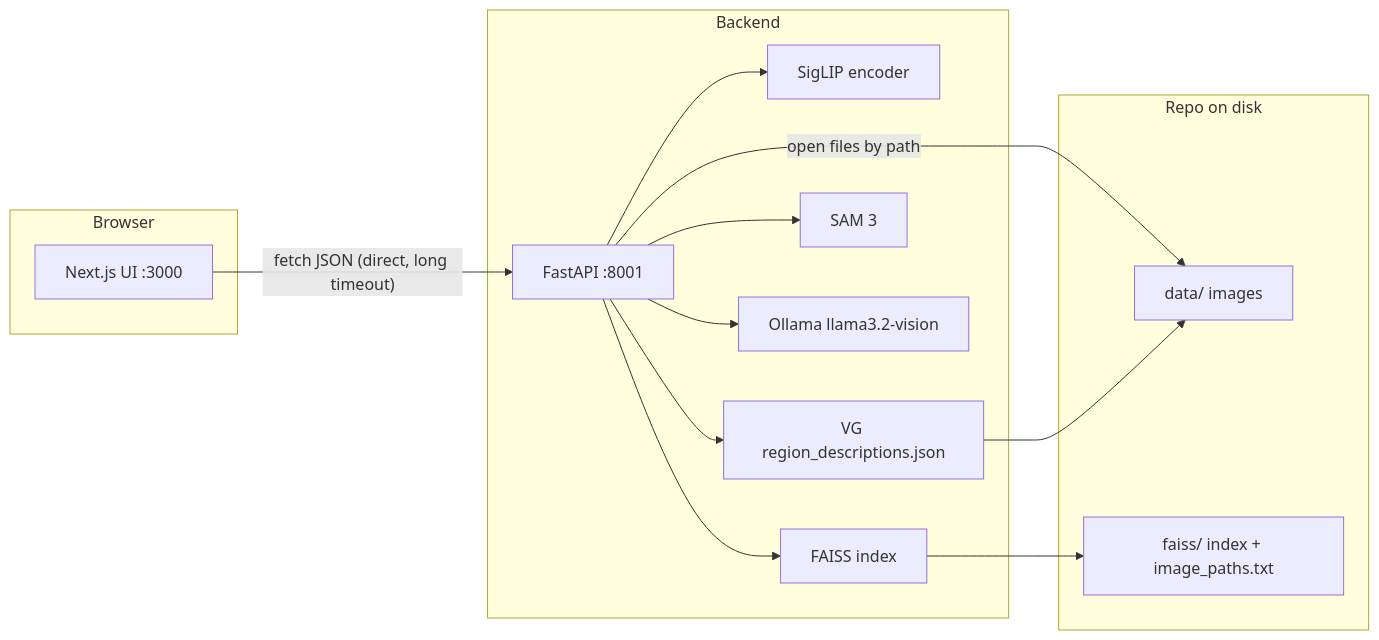
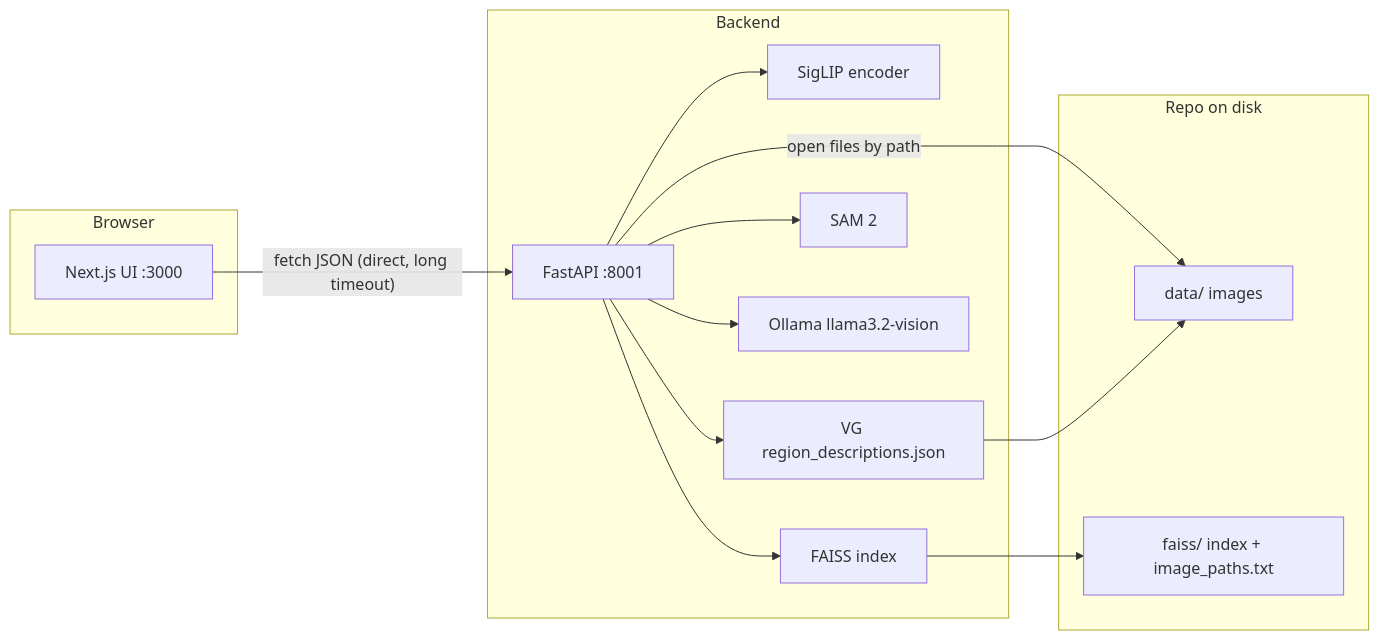
Before and after one commit to Rarees404/Thesis: the diagram in README.md, drawn with Mermaid. The commit also changed other lines of this file and 11 other files, not shown here.

````diff
--- a/README.md
+++ b/README.md
@@ -31,28 +31,28 @@
 ```mermaid
 flowchart LR
   subgraph browser [Browser]
     UI[Next.js UI :3000]
   end
   subgraph backend [Backend]
     API[FastAPI :8001]
     SigLIP[SigLIP encoder]
     FAISS[FAISS index]
-    SAM[SAM 3]
+    SAM[SAM 2]
     Ollama[Ollama llama3.2-vision]
     VGJSON[VG region_descriptions.json]
   end
   subgraph disk [Repo on disk]
     DATA[data/ images]
     IDX[faiss/ index + image_paths.txt]
   end
 
   UI -->|"fetch JSON (direct, long timeout)"| API
   API --> SigLIP
   API --> FAISS
   API --> SAM
   API --> Ollama
   API --> VGJSON
   FAISS --> IDX
   API -->|"open files by path"| DATA
   VGJSON --> DATA
 ```
````
